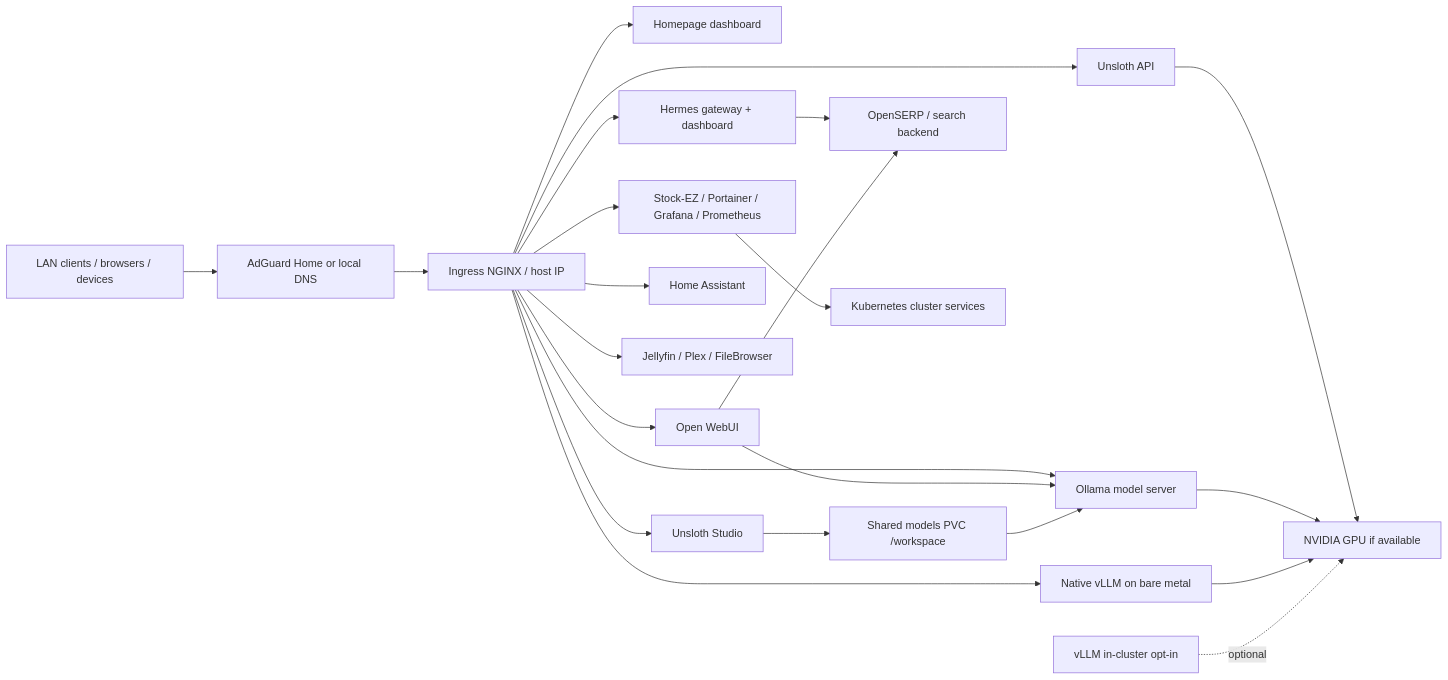
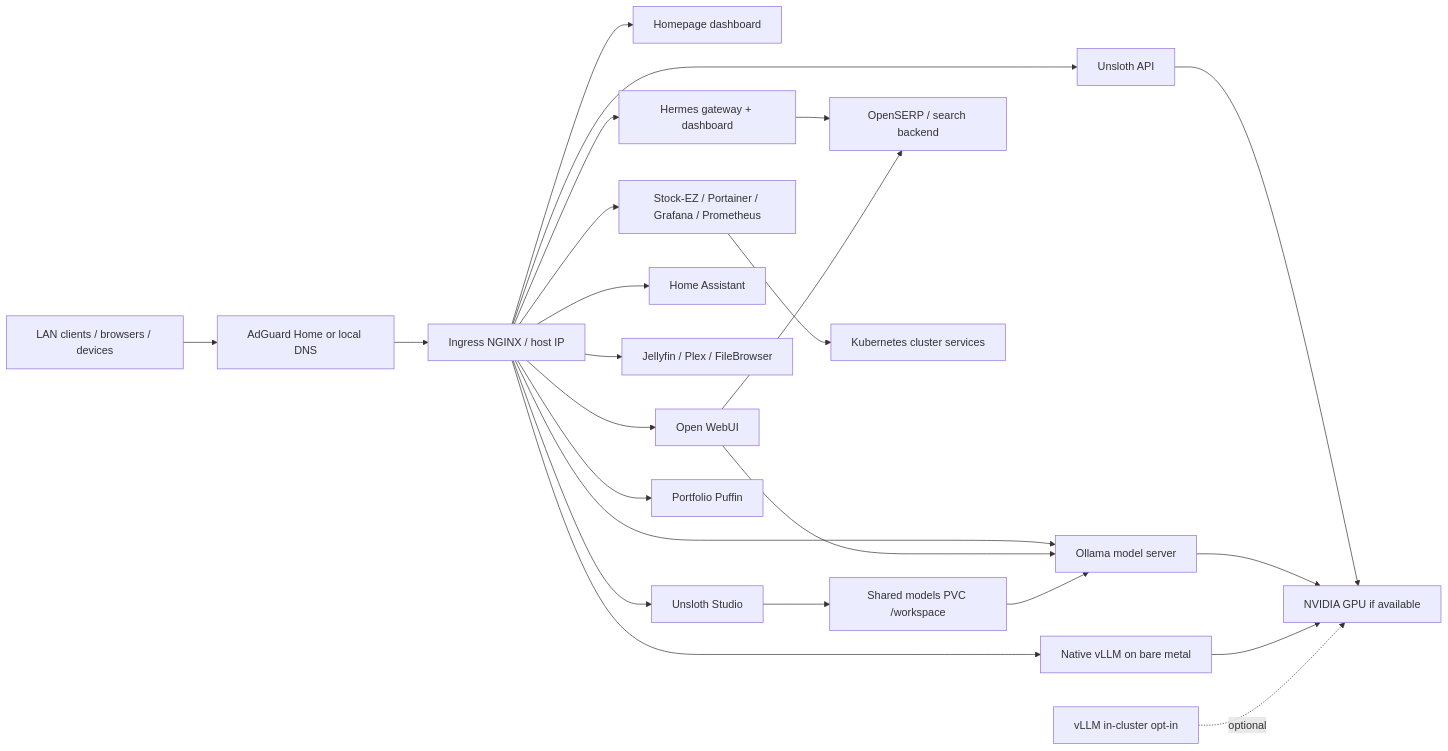
One commit to SushritPasupuleti/homelab changed the diagram in README.md. Above: the diagram before and after it, drawn with Mermaid. The commit also changed other lines of this file and 10 other files, not shown here.

Commit message:
feat: integrate Portfolio Puffin into homelab

````diff
--- a/README.md
+++ b/README.md
@@ -7,26 +7,27 @@
 ```mermaid
 flowchart LR
     User[LAN clients / browsers / devices] --> DNS[AdGuard Home or local DNS]
     DNS --> Ingress[Ingress NGINX / host IP]
     Ingress --> Dashboard[Homepage dashboard]
     Ingress --> WebUI[Open WebUI]
     Ingress --> UnslothAPI[Unsloth API]
     Ingress --> UnslothStudio[Unsloth Studio]
     Ingress --> Ollama[Ollama model server]
     Ingress --> Hermes[Hermes gateway + dashboard]
     Ingress --> HA[Home Assistant]
     Ingress --> Media[Jellyfin / Plex / FileBrowser]
     Ingress --> Apps[Stock-EZ / Portainer / Grafana / Prometheus]
+    Ingress --> Portfolio[Portfolio Puffin]
     Ingress --> NativeVLLM[Native vLLM on bare metal]
 
     WebUI --> Ollama
     UnslothStudio --> SharedModel[Shared models PVC /workspace]
     SharedModel --> Ollama
     Hermes --> OpenSERP[OpenSERP / search backend]
     WebUI --> OpenSERP
     UnslothAPI --> GPU[NVIDIA GPU if available]
     Ollama --> GPU
     NativeVLLM --> GPU
     vLLM[vLLM in-cluster opt-in] -. optional .-> GPU
     Apps --> K8s[Kubernetes cluster services]
 ```
````
